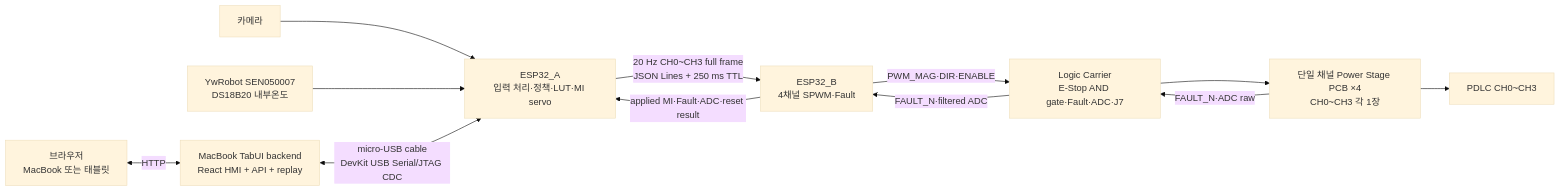
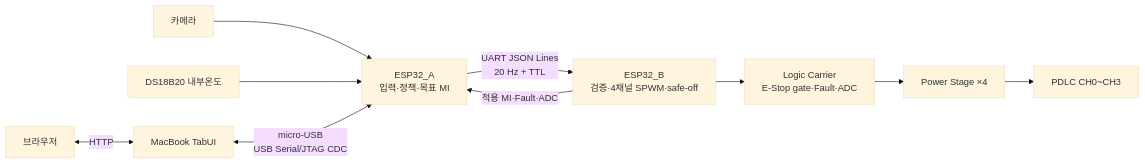
One commit to ifinalp0/2026ESWcontest_free_KUGLASS changed the diagram in README.md. Above: the diagram before and after it, drawn with Mermaid (base theme). The commit also changed other lines of this file and 10 other files, not shown here.

````diff
--- a/README.md
+++ b/README.md
@@ -17,14 +13,12 @@
 ```mermaid
 flowchart LR
-    CAM[카메라] --> A[ESP32_A<br/>입력 처리·정책·LUT·MI servo]
-    TEMP[YwRobot SEN050007<br/>DS18B20 내부온도] --> A
-    A -->|20 Hz CH0~CH3 full frame<br/>JSON Lines + 250 ms TTL| B[ESP32_B<br/>4채널 SPWM·Fault]
-    B -->|PWM_MAG·DIR·ENABLE| CARRIER[Logic Carrier<br/>E-Stop AND gate·Fault·ADC·J7]
-    CARRIER --> POWER[단일 채널 Power Stage PCB ×4<br/>CH0~CH3 각 1장]
-    POWER -->|FAULT_N·ADC raw| CARRIER
-    CARRIER -->|FAULT_N·filtered ADC| B
-    POWER --> PDLC[PDLC CH0~CH3]
-    B -->|applied MI·Fault·ADC·reset result| A
-    UI[브라우저<br/>MacBook 또는 태블릿] <-->|HTTP| TAB[MacBook TabUI backend<br/>React HMI + API + replay]
-    TAB <-->|micro-USB cable<br/>DevKit USB Serial/JTAG CDC| A
+    CAM[카메라] --> A[ESP32_A<br/>입력·정책·목표 MI]
+    TEMP[DS18B20 내부온도] --> A
+    A -->|UART JSON Lines<br/>20 Hz + TTL| B[ESP32_B<br/>검증·4채널 SPWM·safe-off]
+    B --> LC[Logic Carrier<br/>E-Stop gate·Fault·ADC]
+    LC --> PS[Power Stage ×4]
+    PS --> PDLC[PDLC CH0~CH3]
+    B -->|적용 MI·Fault·ADC| A
+    UI[브라우저] <-->|HTTP| TAB[MacBook TabUI]
+    TAB <-->|micro-USB<br/>USB Serial/JTAG CDC| A
 ```
````
